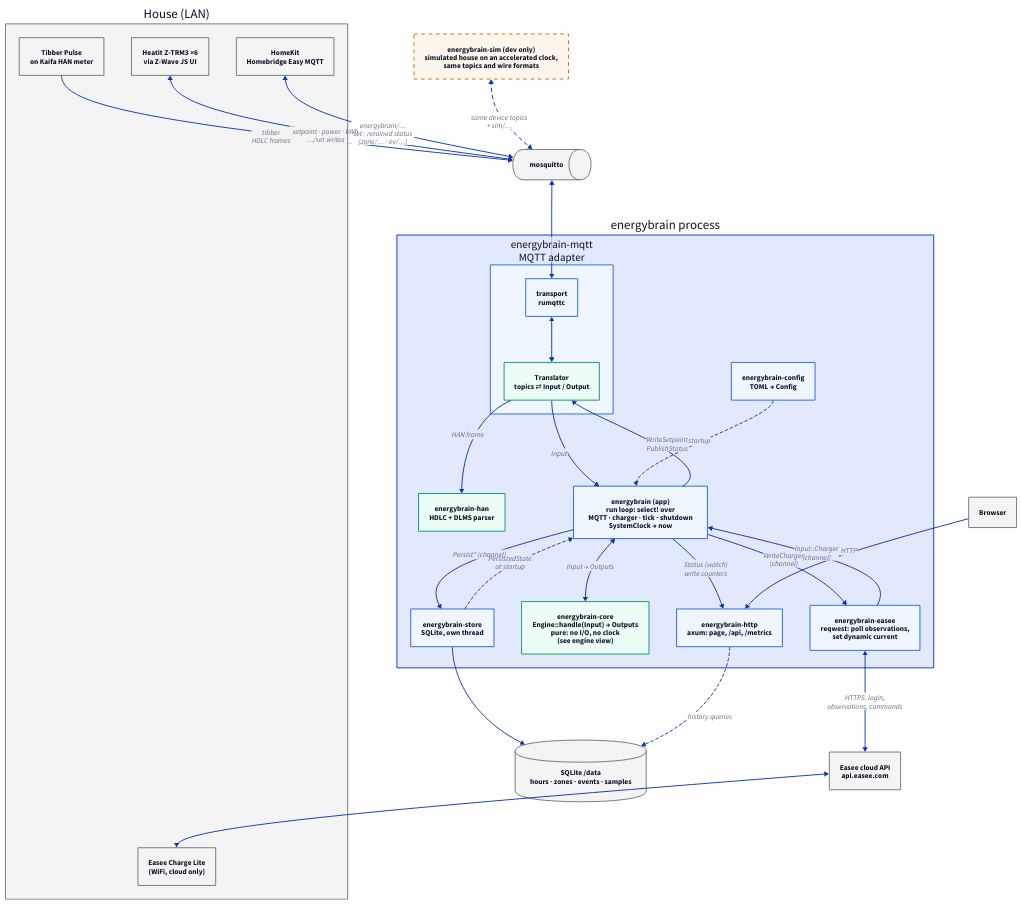
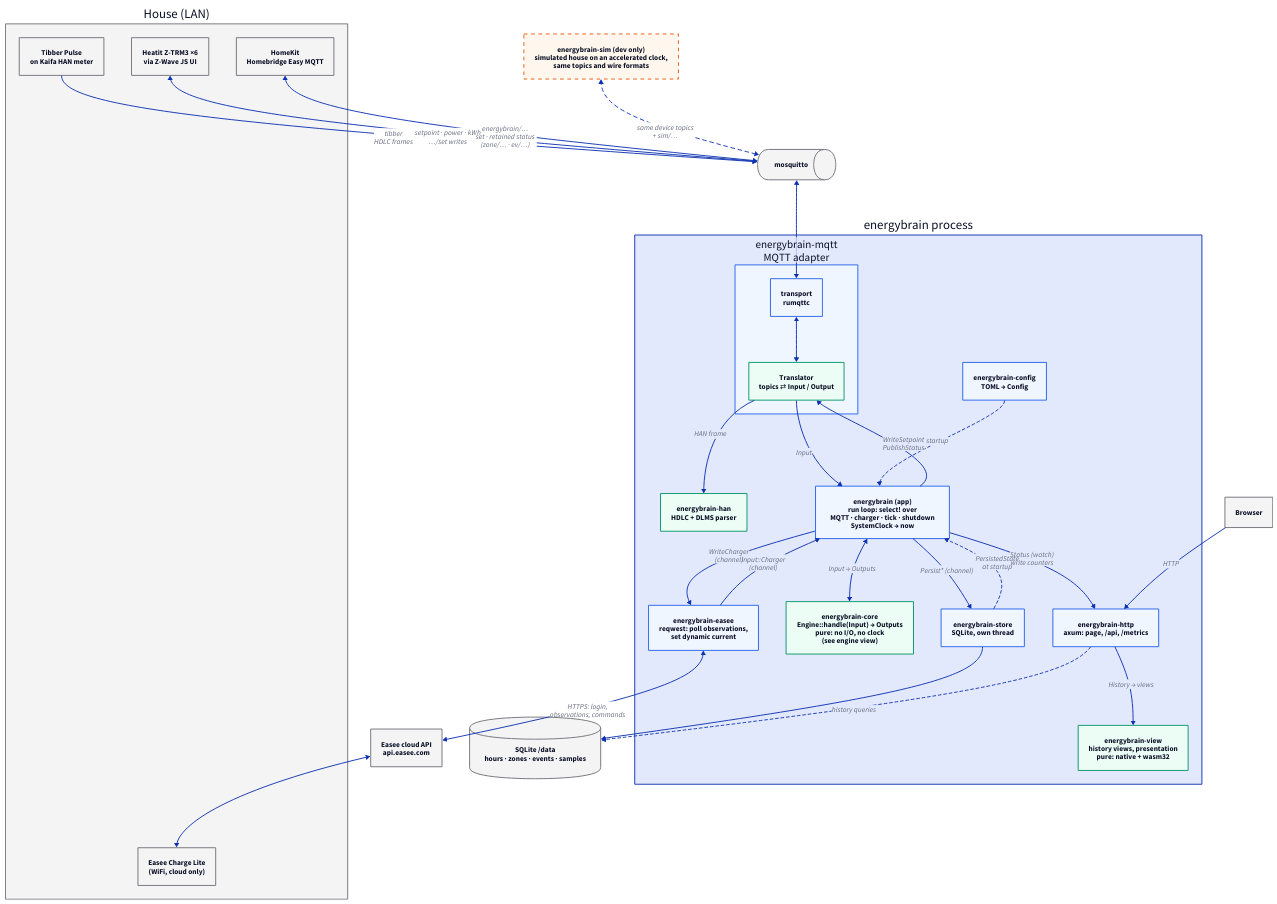
Before and after one commit to bendiksolheim/energybrain: the diagram in docs/architecture/system.d2, drawn with D2. The commit also changed 16 other files, not shown here.

First line of the commit message:
W1: energybrain-view, a pure crate for the web app (PLAN.md §10)

```diff
--- a/docs/architecture/system.d2
+++ b/docs/architecture/system.d2
@@ -1,69 +1,71 @@
 # System view: the energybrain process and everything it talks to while it runs.
 # Hand-written. Update when crates, external systems or the wiring between them change,
 # then run `just arch` (see docs/architecture/README.md). Every crate under crates/ must
 # appear here as `energybrain-<name>` (checked by a test in the app crate).
 
 direction: down
 
 classes: {
   external: {style: {fill: "#f4f4f5"; stroke: "#71717a"}}
   pure: {style: {fill: "#ecfdf5"; stroke: "#059669"}}
   io: {style: {fill: "#eff6ff"; stroke: "#2563eb"}}
   dev: {style: {fill: "#fff7ed"; stroke: "#ea580c"; stroke-dash: 4}}
 }
 
 house: House (LAN) {
   class: external
   pulse: "Tibber Pulse\non Kaifa HAN meter" {class: external}
   ztrm: "Heatit Z-TRM3 ×6\nvia Z-Wave JS UI" {class: external}
   homekit: "HomeKit\nHomebridge Easy MQTT" {class: external}
   easee_charger: "Easee Charge Lite\n(WiFi, cloud only)" {class: external}
 }
 
 easee_cloud: "Easee cloud API\napi.easee.com" {class: external}
 
 broker: "mosquitto" {class: external; shape: queue}
 
 sim: "energybrain-sim (dev only)\nsimulated house on an accelerated clock,\nsame topics and wire formats" {class: dev}
 
 eb: energybrain process {
   mqtt: "energybrain-mqtt\nMQTT adapter" {
     class: io
     transport: "transport\nrumqttc" {class: io}
     translate: "Translator\ntopics ⇄ Input / Output" {class: pure}
     transport <-> translate
   }
   han: "energybrain-han\nHDLC + DLMS parser" {class: pure}
   easee: "energybrain-easee\nreqwest: poll observations,\nset dynamic current" {class: io}
 
   loop: "energybrain (app)\nrun loop: select! over\nMQTT · charger · tick · shutdown\nSystemClock → now" {class: io}
   core: "energybrain-core\nEngine::handle(Input) → Outputs\npure: no I/O, no clock\n(see engine view)" {class: pure}
   config: "energybrain-config\nTOML → Config" {class: io}
   store: "energybrain-store\nSQLite, own thread" {class: io}
   http: "energybrain-http\naxum: page, /api, /metrics" {class: io}
+  view: "energybrain-view\nhistory views, presentation\npure: native + wasm32" {class: pure}
 
   mqtt.translate -> han: HAN frame
   mqtt.translate -> loop: Input
   loop -> mqtt.translate: "WriteSetpoint\nPublishStatus"
   loop <-> core: "Input → Outputs"
   easee -> loop: "Input::Charger\n(channel)"
   loop -> easee: "WriteCharger\n(channel)"
   config -> loop: startup {style.stroke-dash: 3}
   loop -> store: "Persist* (channel)"
   store -> loop: "PersistedState\nat startup" {style.stroke-dash: 3}
   loop -> http: "Status (watch)\nwrite counters"
+  http -> view: "History → views"
 }
 
 db: "SQLite /data\nhours · zones · events · samples" {shape: cylinder; class: external}
 browser: "Browser" {class: external}
 
 house.pulse -> broker: "tibber\nHDLC frames"
 house.ztrm <-> broker: "setpoint · power · kWh\n…/set writes"
 house.homekit <-> broker: "energybrain/…\nset · retained status\n(zone/… · ev/…)"
 sim <-> broker: "same device topics\n+ sim/…" {style.stroke-dash: 4}
 broker <-> eb.mqtt.transport
 eb.store -> db
 eb.http -> db: "history queries" {style.stroke-dash: 3}
 browser -> eb.http: HTTP
 eb.easee <-> easee_cloud: "HTTPS: login,\nobservations, commands"
 easee_cloud <-> house.easee_charger
```
